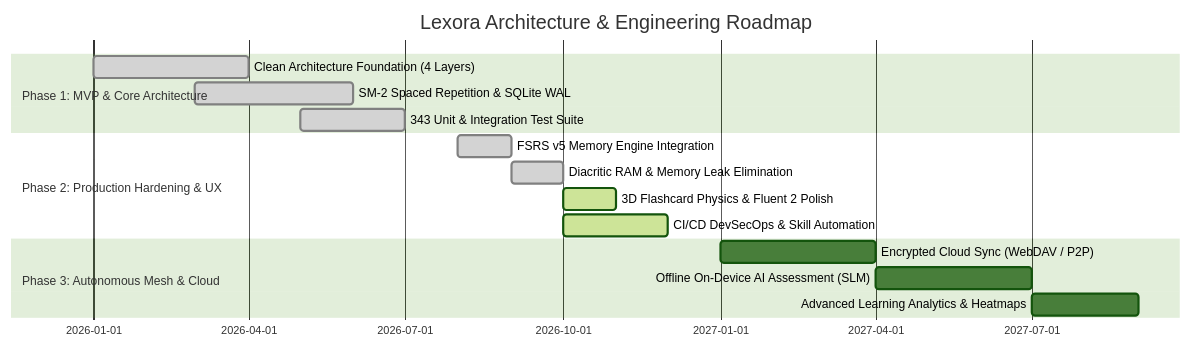
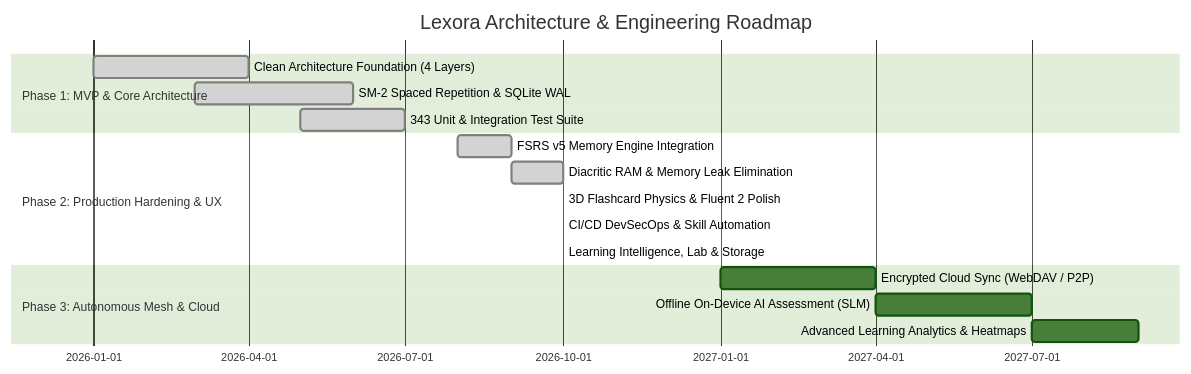
One commit to Nguyen-Trung-Tien/Lexora changed the diagram in ROADMAP.md. Above: the diagram before and after it, drawn with Mermaid (forest theme). The commit also changed other lines of this file and 9 other files, not shown here.

Commit message:
docs: add architecture, database schema, and API documentation alongside roadmap milestones and backlog

````diff
--- a/ROADMAP.md
+++ b/ROADMAP.md
@@ -9,18 +9,19 @@
 ```mermaid
 gantt
     title Lexora Architecture & Engineering Roadmap
     dateFormat  YYYY-MM
     section Phase 1: MVP & Core Architecture
     Clean Architecture Foundation (4 Layers) :done, 2026-01, 2026-04
     SM-2 Spaced Repetition & SQLite WAL     :done, 2026-03, 2026-06
     343 Unit & Integration Test Suite        :done, 2026-05, 2026-07
     section Phase 2: Production Hardening & UX
     FSRS v5 Memory Engine Integration        :done, 2026-08, 2026-09
     Diacritic RAM & Memory Leak Elimination  :done, 2026-09, 2026-10
-    3D Flashcard Physics & Fluent 2 Polish  :active, 2026-10, 2026-11
-    CI/CD DevSecOps & Skill Automation      :active, 2026-10, 2026-12
+    3D Flashcard Physics & Fluent 2 Polish  :done, 2026-10, 2026-10
+    CI/CD DevSecOps & Skill Automation      :done, 2026-10, 2026-10
+    Learning Intelligence, Lab & Storage     :done, 2026-10, 2026-10
     section Phase 3: Autonomous Mesh & Cloud
     Encrypted Cloud Sync (WebDAV / P2P)      :2027-01, 2027-04
     Offline On-Device AI Assessment (SLM)    :2027-04, 2027-07
     Advanced Learning Analytics & Heatmaps   :2027-07, 2027-09
 ```
````
